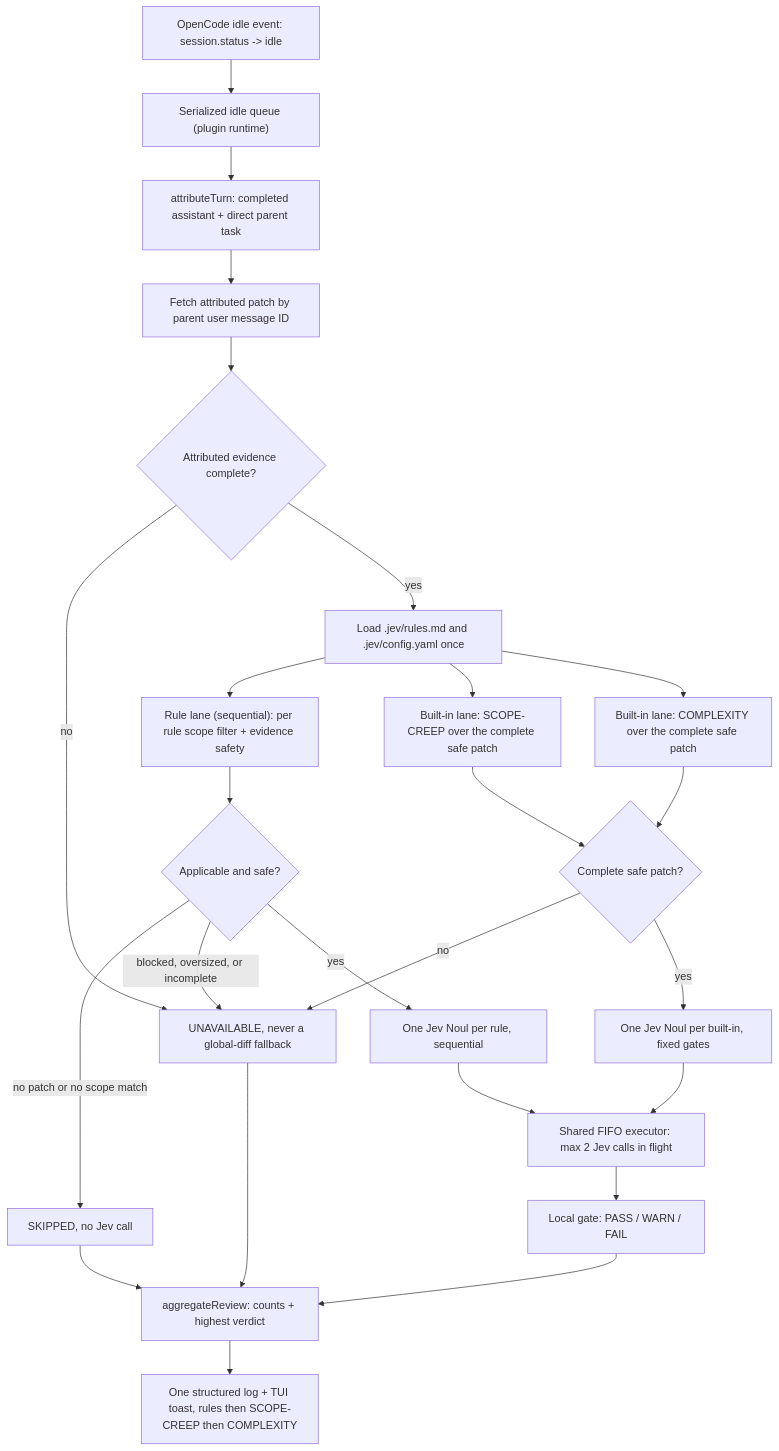
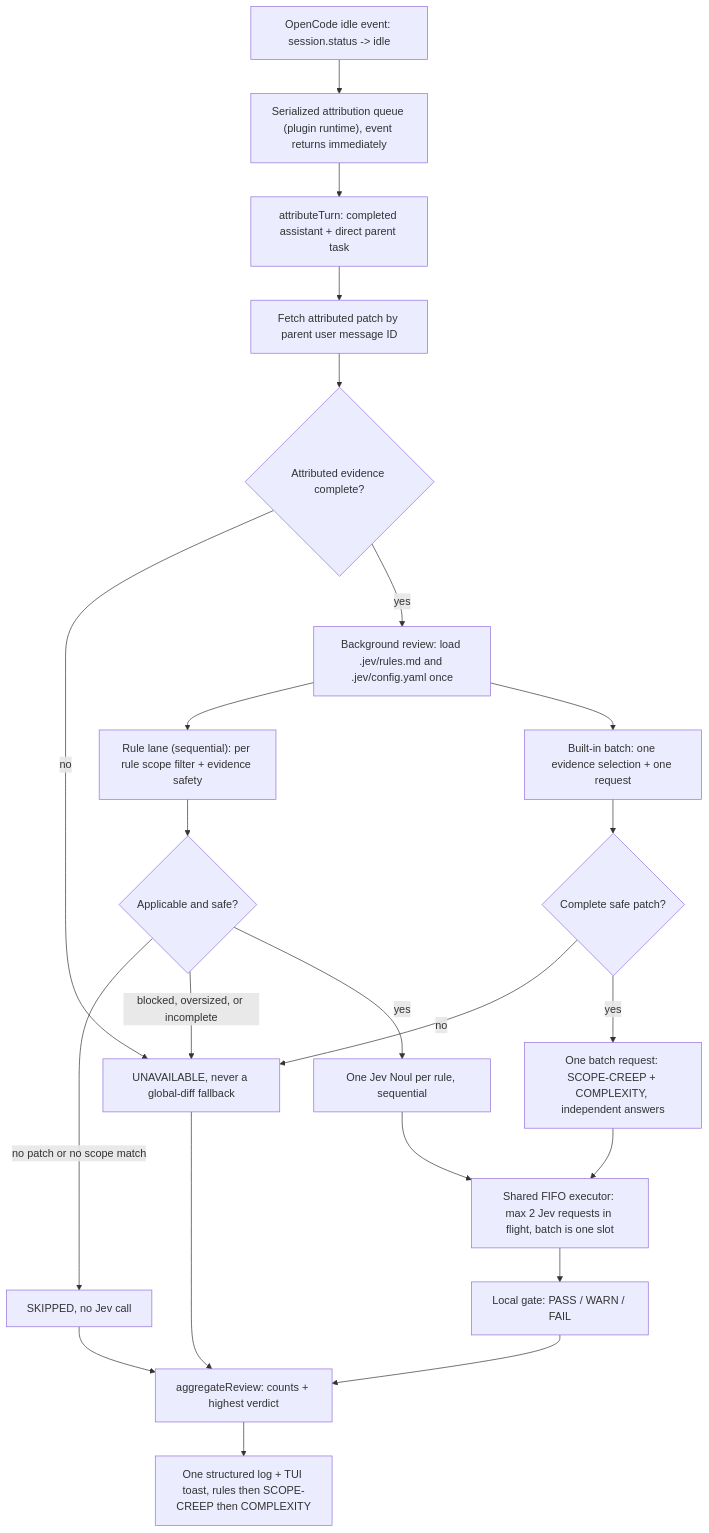
The diagram in CONTRIBUTING.md (pablozr/JevGuard), drawn with Mermaid before and after one commit. The commit also changed other lines of this file and 29 other files, not shown here.

Commit message:
feat(plugin): batch background reviews

````diff
--- a/CONTRIBUTING.md
+++ b/CONTRIBUTING.md
@@ -102,27 +103,25 @@
 ```mermaid
 flowchart TD
-    A["OpenCode idle event: session.status -> idle"] --> B["Serialized idle queue (plugin runtime)"]
+    A["OpenCode idle event: session.status -> idle"] --> B["Serialized attribution queue (plugin runtime), event returns immediately"]
     B --> C["attributeTurn: completed assistant + direct parent task"]
     C --> D["Fetch attributed patch by parent user message ID"]
     D --> E{"Attributed evidence complete?"}
     E -->|no| X["UNAVAILABLE, never a global-diff fallback"]
-    E -->|yes| F["Load .jev/rules.md and .jev/config.yaml once"]
+    E -->|yes| F["Background review: load .jev/rules.md and .jev/config.yaml once"]
     F --> G["Rule lane (sequential): per rule scope filter + evidence safety"]
-    F --> N["Built-in lane: SCOPE-CREEP over the complete safe patch"]
-    F --> P["Built-in lane: COMPLEXITY over the complete safe patch"]
+    F --> N["Built-in batch: one evidence selection + one request"]
     G --> H{"Applicable and safe?"}
     H -->|no patch or no scope match| S["SKIPPED, no Jev call"]
     H -->|blocked, oversized, or incomplete| X
     H -->|yes| I["One Jev Noul per rule, sequential"]
     N --> O{"Complete safe patch?"}
-    P --> O
     O -->|no| X
-    O -->|yes| Q["One Jev Noul per built-in, fixed gates"]
-    I --> R["Shared FIFO executor: max 2 Jev calls in flight"]
+    O -->|yes| Q["One batch request: SCOPE-CREEP + COMPLEXITY, independent answers"]
+    I --> R["Shared FIFO executor: max 2 Jev requests in flight, batch is one slot"]
     Q --> R
     R --> J["Local gate: PASS / WARN / FAIL"]
     J --> K["aggregateReview: counts + highest verdict"]
     S --> K
     X --> K
     K --> L["One structured log + TUI toast, rules then SCOPE-CREEP then COMPLEXITY"]
 ```
````
